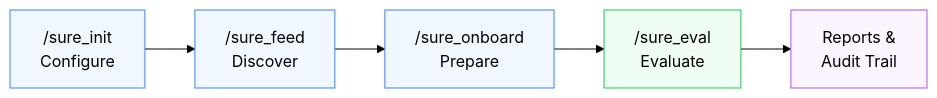
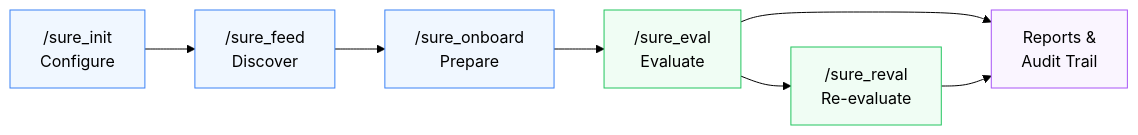
Before and after one commit to PigeonDan1/sure: the first of 2 diagrams in README.md, drawn with Mermaid (forest theme). The commit also changed other lines of this file and 14 other files, not shown here.

````diff
--- a/README.md
+++ b/README.md
@@ -18,13 +29,16 @@
 ```mermaid
 flowchart LR
     Init["/sure_init<br/>Configure"] --> Feed["/sure_feed<br/>Discover"]
     Feed --> Onboard["/sure_onboard<br/>Prepare"]
     Onboard --> Eval["/sure_eval<br/>Evaluate"]
+    Eval --> Reval["/sure_reval<br/>Re-evaluate"]
     Eval --> Artifacts["Reports &<br/>Audit Trail"]
+    Reval --> Artifacts
 
     style Init fill:#f0f7ff,stroke:#3b82f6
     style Feed fill:#f0f7ff,stroke:#3b82f6
     style Onboard fill:#f0f7ff,stroke:#3b82f6
     style Eval fill:#f0fdf4,stroke:#22c55e
+    style Reval fill:#f0fdf4,stroke:#22c55e
     style Artifacts fill:#faf5ff,stroke:#a855f7
 ```
````
